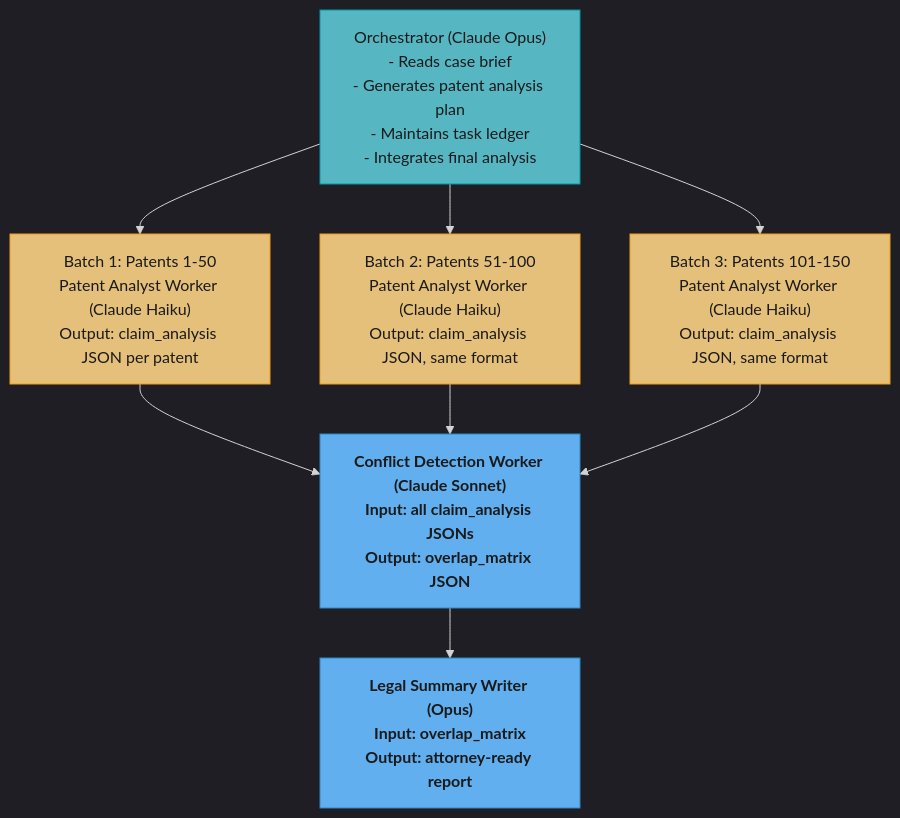
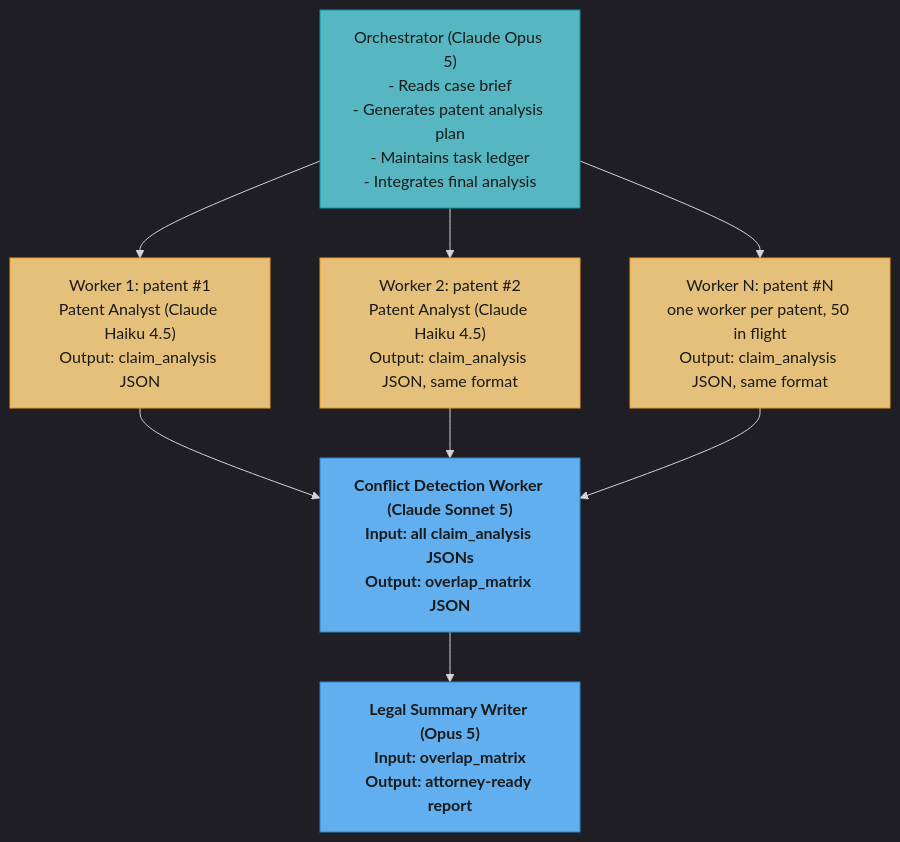
The fifth of 5 diagrams in src/main/java/com/rutik/systemdesign/llm/multi_agent_systems/orchestrator_worker_pattern.md (rppol/system-design), drawn with Mermaid before and after one commit. The commit also changed other lines of this file and 42 other files, not shown here.

````diff
--- a/src/main/java/com/rutik/systemdesign/llm/multi_agent_systems/orchestrator_worker_pattern.md
+++ b/src/main/java/com/rutik/systemdesign/llm/multi_agent_systems/orchestrator_worker_pattern.md
@@ -676,18 +707,18 @@
 ```mermaid
 %%{init: {'flowchart': {'curve': 'basis'}, 'theme': 'dark'}}%%
 flowchart TD
     classDef io      fill:#61afef,stroke:#2e86c1,color:#1a1a1a,font-weight:bold
     classDef req     fill:#56b6c2,stroke:#0097a7,color:#1a1a1a
     classDef base    fill:#e5c07b,stroke:#f39c12,color:#1a1a1a
 
-    Orch["Orchestrator (Claude Opus)<br/>- Reads case brief<br/>- Generates patent analysis plan<br/>- Maintains task ledger<br/>- Integrates final analysis"] --> B1 & B2 & B3
-    B1["Batch 1: Patents 1-50<br/>Patent Analyst Worker (Claude Haiku)<br/>Output: claim_analysis JSON per patent"] --> Conflict
-    B2["Batch 2: Patents 51-100<br/>Patent Analyst Worker (Claude Haiku)<br/>Output: claim_analysis JSON, same format"] --> Conflict
-    B3["Batch 3: Patents 101-150<br/>Patent Analyst Worker (Claude Haiku)<br/>Output: claim_analysis JSON, same format"] --> Conflict
-    Conflict["Conflict Detection Worker (Claude Sonnet)<br/>Input: all claim_analysis JSONs<br/>Output: overlap_matrix JSON"] --> Summary
-    Summary["Legal Summary Writer (Opus)<br/>Input: overlap_matrix<br/>Output: attorney-ready report"]
+    Orch["Orchestrator (Claude Opus 5)<br/>- Reads case brief<br/>- Generates patent analysis plan<br/>- Maintains task ledger<br/>- Integrates final analysis"] --> B1 & B2 & B3
+    B1["Worker 1: patent #1<br/>Patent Analyst (Claude Haiku 4.5)<br/>Output: claim_analysis JSON"] --> Conflict
+    B2["Worker 2: patent #2<br/>Patent Analyst (Claude Haiku 4.5)<br/>Output: claim_analysis JSON, same format"] --> Conflict
+    B3["Worker N: patent #N<br/>one worker per patent, 50 in flight<br/>Output: claim_analysis JSON, same format"] --> Conflict
+    Conflict["Conflict Detection Worker (Claude Sonnet 5)<br/>Input: all claim_analysis JSONs<br/>Output: overlap_matrix JSON"] --> Summary
+    Summary["Legal Summary Writer (Opus 5)<br/>Input: overlap_matrix<br/>Output: attorney-ready report"]
 
     class Orch req
     class B1,B2,B3 base
     class Conflict,Summary io
 ```
````
